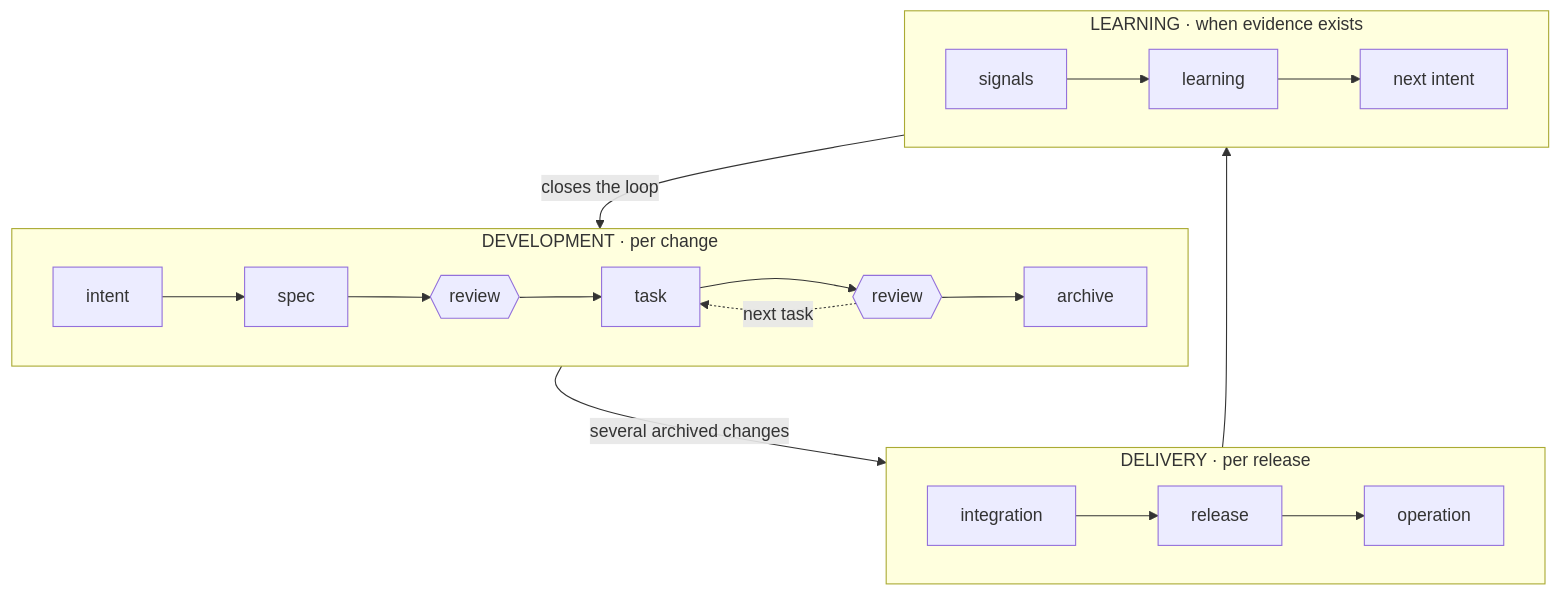
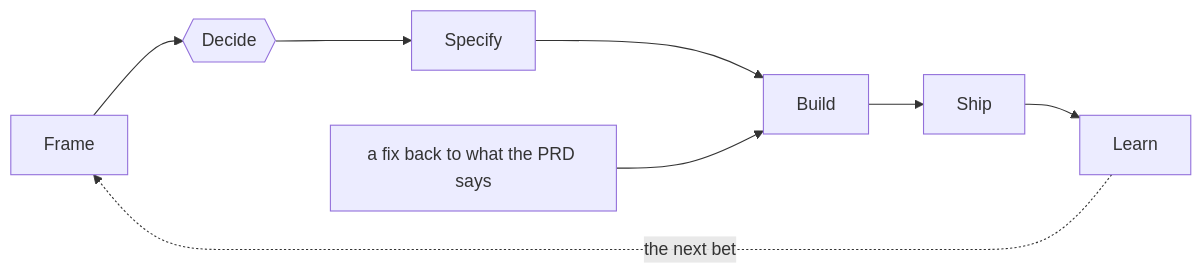
One commit to luisburgos/open-aidlc changed the diagram in docs/guides/lifecycle.md. Above: the diagram before and after it, drawn with Mermaid. The commit also changed other lines of this file and 6 other files, not shown here.

First line of the commit message:
docs(adr): adopt a lifecycle from bet to learning (#10)

````diff
--- a/docs/guides/lifecycle.md
+++ b/docs/guides/lifecycle.md
@@ -7,25 +5,6 @@
 ```mermaid
-flowchart TB
-  subgraph DEV["DEVELOPMENT · per change"]
-    direction LR
-    I[intent] --> S[spec] --> R1{{review}} --> T[task] --> R2{{review}} --> A[archive]
-    R2 -.next task.-> T
-  end
-
-  subgraph DEL["DELIVERY · per release"]
-    direction LR
-    IN[integration] --> RE[release] --> OP[operation]
-  end
-
-  subgraph LRN["LEARNING · when evidence exists"]
-    direction LR
-    SI[signals] --> LE[learning] --> NI[next intent]
-  end
-
-  DEV ~~~ DEL
-  DEL ~~~ LRN
-
-  A -- several archived changes --> IN
-  OP --> SI
-  NI -- closes the loop --> I
+flowchart LR
+  F[Frame] --> D{{Decide}} --> S[Specify] --> B[Build] --> SH[Ship] --> L[Learn]
+  L -. the next bet .-> F
+  X[a fix back to what the PRD says] --> B
 ```
````
